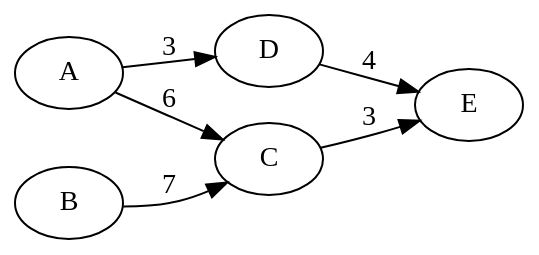
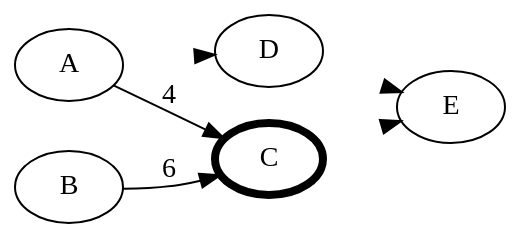
Before and after one commit to decrypto-org/TrustIsRisk: the diagram in presentations/AtheCrypt10-1-2017/figures/transitiveGame4.dot, drawn with Graphviz. The commit also changed 6 other files, not shown here.

```diff
--- a/presentations/AtheCrypt10-1-2017/figures/transitiveGame4.dot
+++ b/presentations/AtheCrypt10-1-2017/figures/transitiveGame4.dot
@@ -1,14 +1,10 @@
 digraph G {
   graph [bgcolor=transparent]
   rankdir=LR;
-  A -> C [label="6"]
-  A -> D [label="3"]
-  B -> C [label="7"]
-  C -> E [label="3"]
-  D -> E [label="4"]
-  A [label="A"]
-  B [label="B"]
-  C [label="C"]
-  D [label="D"]
-  E [label="E"]
+  C [penwidth=4]
+  A -> C [label="4"]
+  A -> D [style=invisible]
+  B -> C [label="6"]
+  C -> E [style=invisible]
+  D -> E [style=invisible]
 }
```
